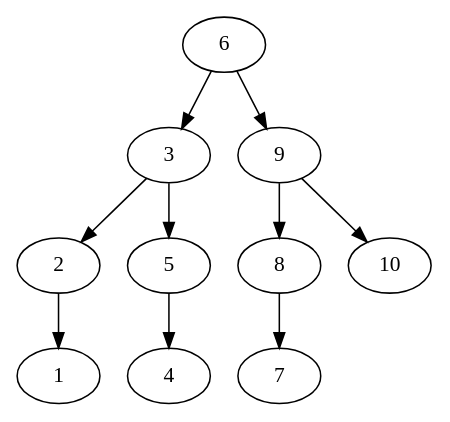
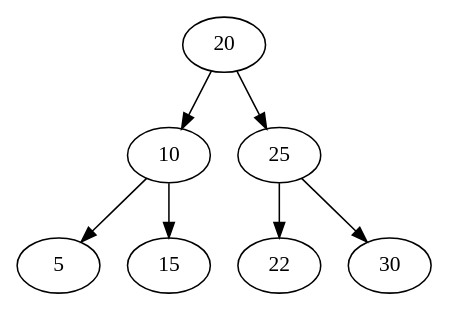
Before and after one commit to miray-mustafov/DSA: the diagram in data_structures/tree/exercise/Digraph.gv, drawn with Graphviz. The commit also changed 6 other files, not shown here.

```diff
--- a/data_structures/tree/exercise/Digraph.gv
+++ b/data_structures/tree/exercise/Digraph.gv
@@ -1,21 +1,15 @@
 digraph {
-	6
-	6 -> 3
-	3
-	3 -> 2
-	2
-	2 -> 1
-	1
-	3 -> 5
+	20
+	20 -> 10
+	10
+	10 -> 5
 	5
-	5 -> 4
-	4
-	6 -> 9
-	9
-	9 -> 8
-	8
-	8 -> 7
-	7
-	9 -> 10
-	10
+	10 -> 15
+	15
+	20 -> 25
+	25
+	25 -> 22
+	22
+	25 -> 30
+	30
 }
```
